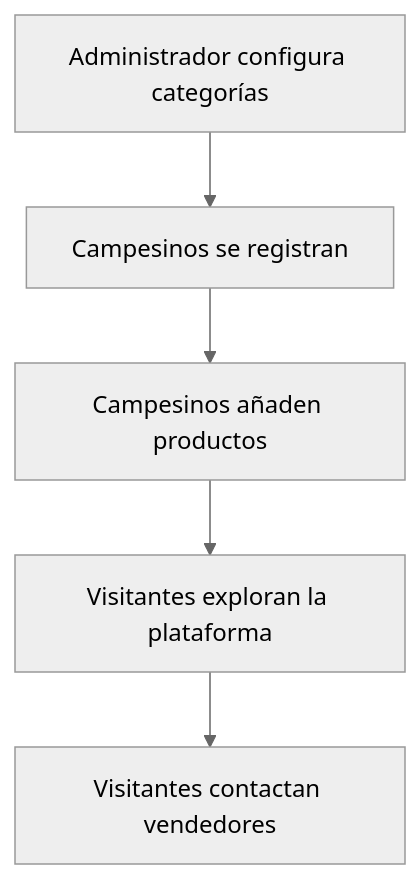
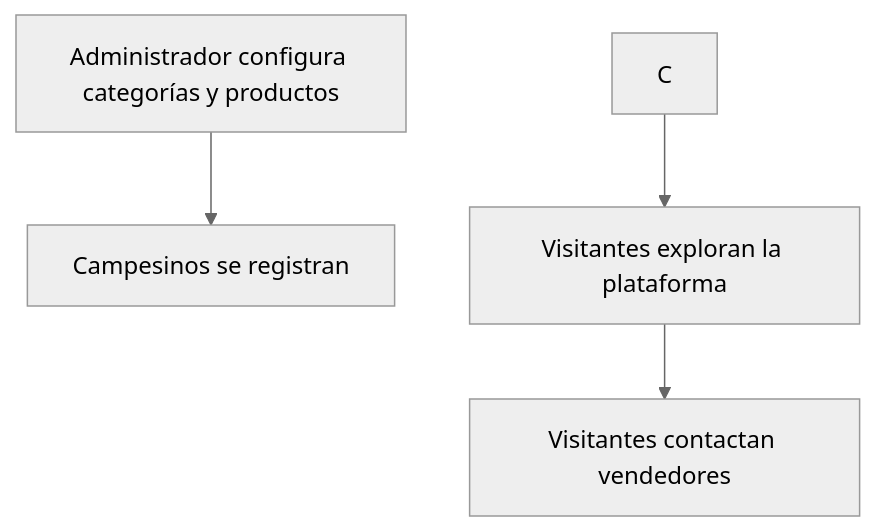
The diagram in README.md (JeffersonD9/Aplicativo-Web---Mercadillo-Campesino), drawn with Mermaid (neutral theme) before and after one commit.

````diff
--- a/README.md
+++ b/README.md
@@ -43,7 +43,6 @@
 ```mermaid
 graph TD
-    A[Administrador configura categorías] --> B[Campesinos se registran]
-    B --> C[Campesinos añaden productos]
+    A[Administrador configura categorías y productos] --> B[Campesinos se registran]
     C --> D[Visitantes exploran la plataforma]
     D --> E[Visitantes contactan vendedores]
 ```
````
